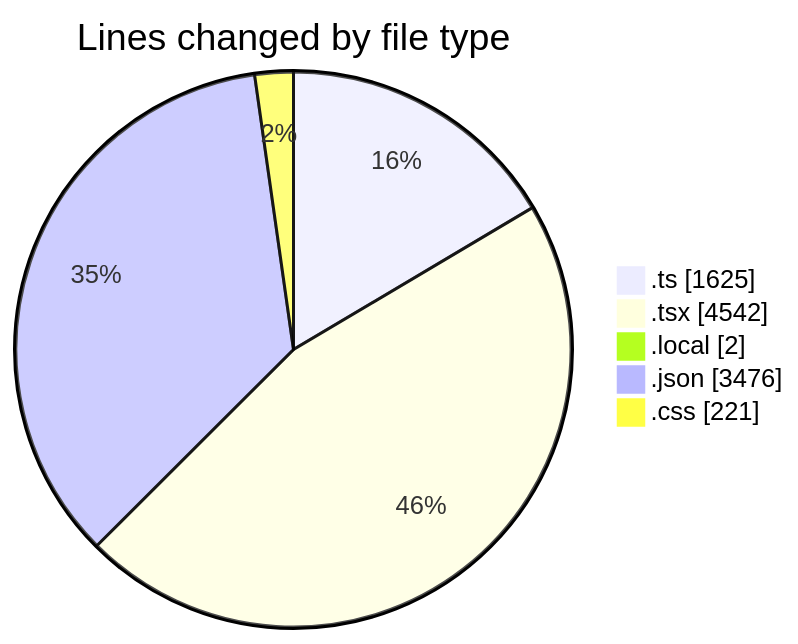
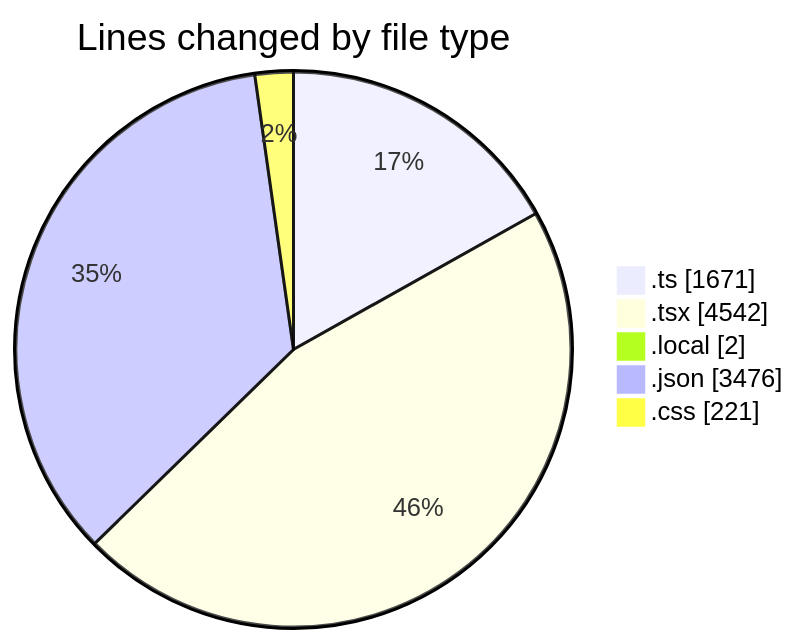
The first of 2 diagrams in 2025-10-28/eventscop-frontend-guide__workspace_/README.md (julien-gomy/code-tracking), drawn with Mermaid before and after one commit. The commit also changed other lines of this file and 1 other file, not shown here.

````diff
--- a/2025-10-28/eventscop-frontend-guide__workspace_/README.md
+++ b/2025-10-28/eventscop-frontend-guide__workspace_/README.md
@@ -55,9 +56,9 @@
 ```mermaid
 pie showData
 title Lines changed by file type
-".ts" : 1625
+".ts" : 1671
 ".tsx" : 4542
 ".local" : 2
 ".json" : 3476
 ".css" : 221
 ```
````
